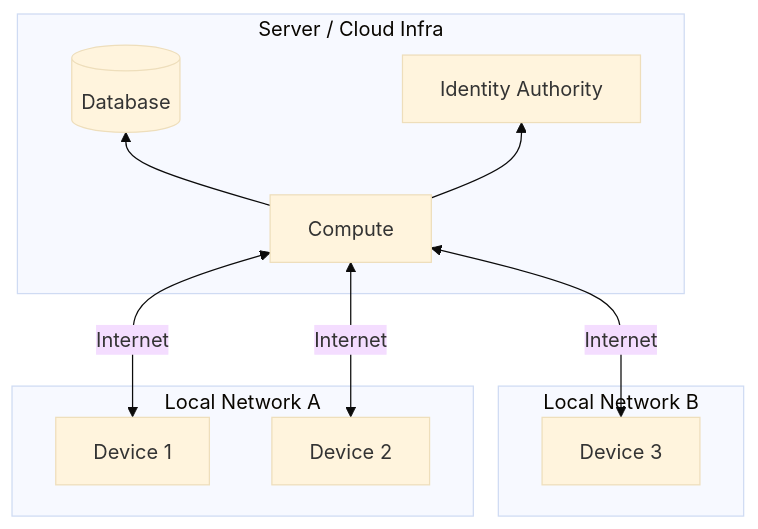
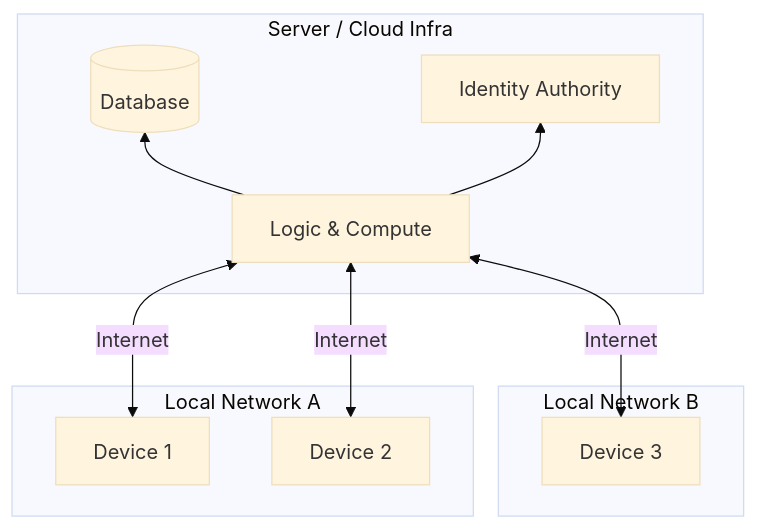
Before and after one commit to peers-app/peers-app.github.io: the first of 3 diagrams in docs/articles/servers-solve-three-problems.md, drawn with Mermaid (base theme). The commit also changed other lines of this file, not shown here.

````diff
--- a/docs/articles/servers-solve-three-problems.md
+++ b/docs/articles/servers-solve-three-problems.md
@@ -16,24 +17,24 @@
 ```mermaid
 graph BT
     subgraph "Server / Cloud Infra"
-        S["Compute"]
+        S["Logic & Compute"]
         DB[(Database)]
         IDP[Identity Authority]
 
         S --> DB
         S --> IDP
     end
 
     subgraph "Local Network A"
         D1[Device 1]
         D2[Device 2]
     end
 
     subgraph "Local Network B"
         D3[Device 3]
     end
 
     D1 <-->|Internet| S
     D2 <-->|Internet| S
     D3 <-->|Internet| S
 ```
````
